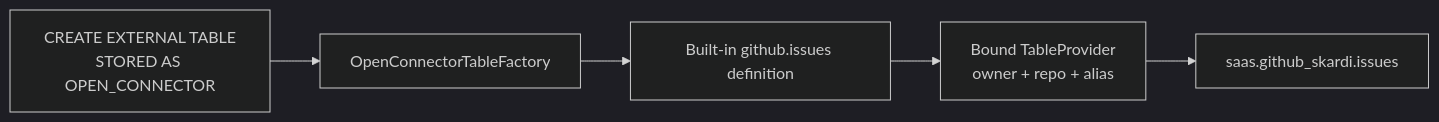
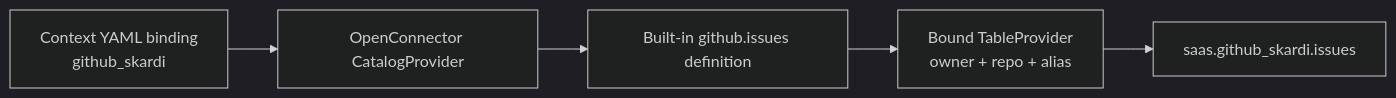
Before and after one commit to SkardiLabs/skardi: the second of 6 diagrams in docs/superpowers/specs/2026-07-11-open-connector-integration-design.md, drawn with Mermaid (dark theme). The commit also changed other lines of this file, not shown here.

First line of the commit message:
docs(open-connector): drop SQL DDL registration, address review feedback

````diff
--- a/docs/superpowers/specs/2026-07-11-open-connector-integration-design.md
+++ b/docs/superpowers/specs/2026-07-11-open-connector-integration-design.md
@@ -247,13 +232,13 @@
 ```mermaid
 flowchart LR
-    DDL["CREATE EXTERNAL TABLE<br/>STORED AS OPEN_CONNECTOR"]
-    Factory["OpenConnectorTableFactory"]
+    YAML["Context YAML binding<br/>github_skardi"]
+    CatalogP["OpenConnector CatalogProvider"]
     Pack["Built-in github.issues definition"]
     Binding["Bound TableProvider<br/>owner + repo + alias"]
     Catalog["saas.github_skardi.issues"]
 
-    DDL --> Factory
-    Factory --> Pack
+    YAML --> CatalogP
+    CatalogP --> Pack
     Pack --> Binding
     Binding --> Catalog
 ```
````
